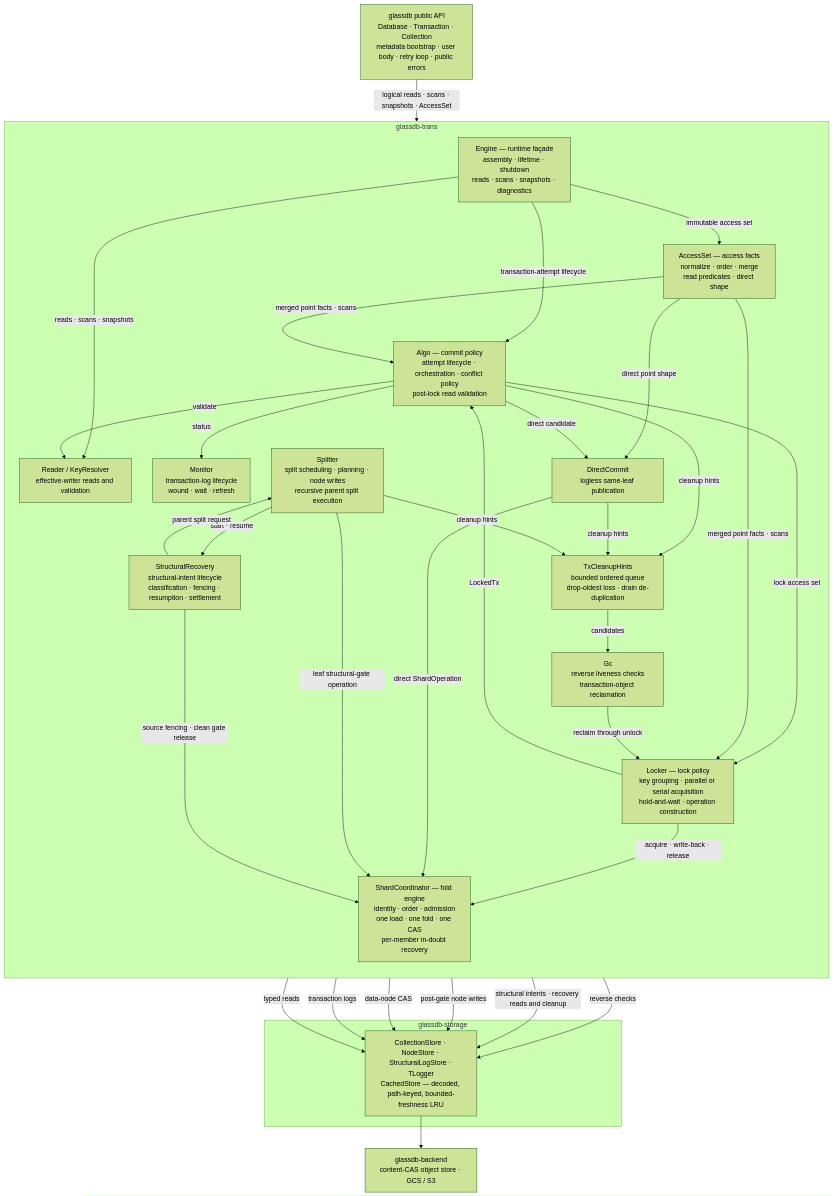
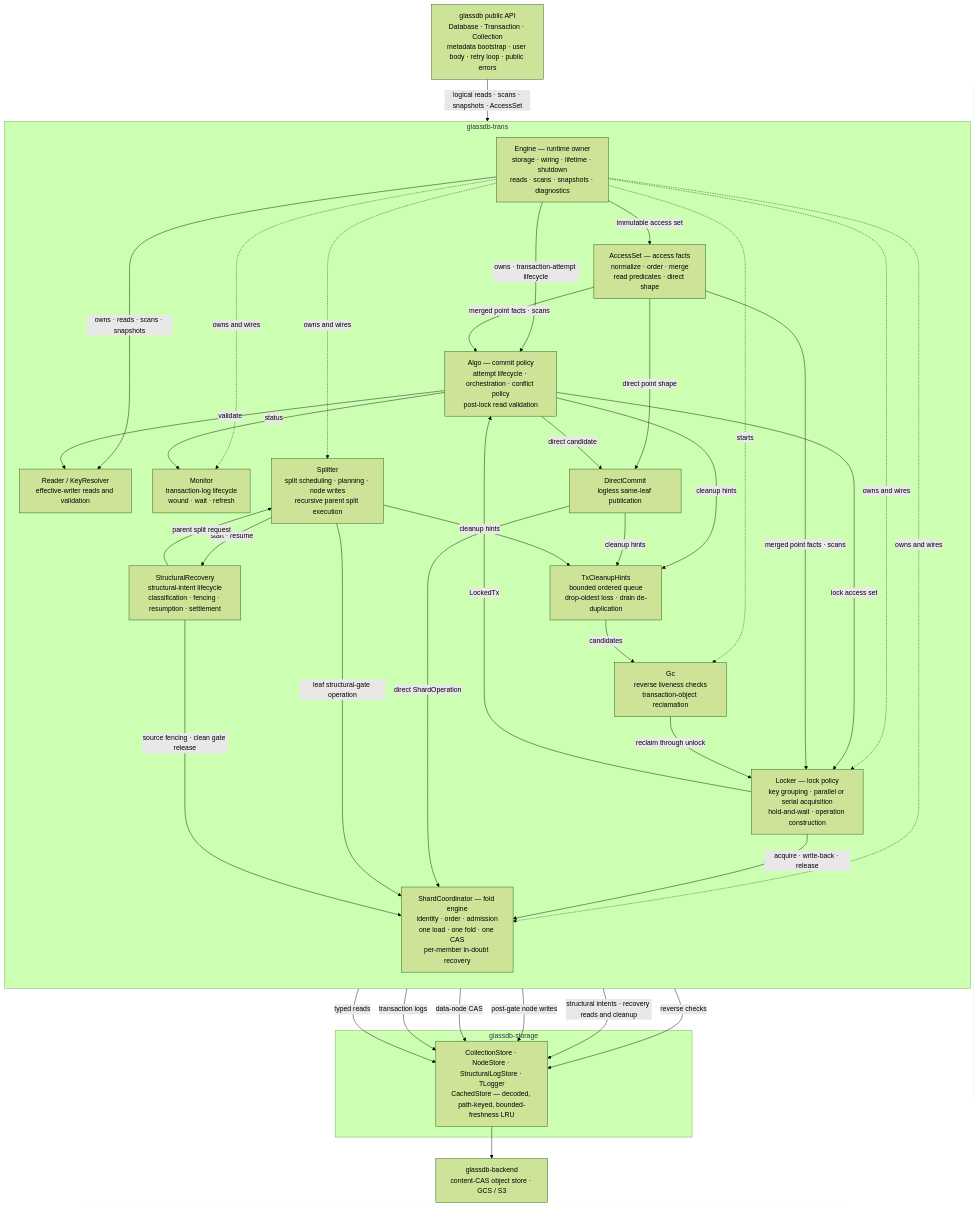
Before and after one commit to mbrt/glassdb-rs: the first of 2 diagrams in docs/architecture.md, drawn with Mermaid (forest theme). The commit also changed other lines of this file and 7 other files, not shown here.

````diff
--- a/docs/architecture.md
+++ b/docs/architecture.md
@@ -148,58 +157,63 @@
 ```mermaid
 flowchart TD
   API["glassdb public API<br/>Database · Transaction · Collection<br/>metadata bootstrap · user body · retry loop · public errors"]
 
   subgraph TRANS["glassdb-trans"]
     direction TB
-    Engine["Engine — runtime façade<br/>assembly · lifetime · shutdown<br/>reads · scans · snapshots · diagnostics"]
+    Engine["Engine — runtime owner<br/>storage · wiring · lifetime · shutdown<br/>reads · scans · snapshots · diagnostics"]
     Accesses["AccessSet — access facts<br/>normalize · order · merge<br/>read predicates · direct shape"]
     Algo["Algo — commit policy<br/>attempt lifecycle · orchestration · conflict policy<br/>post-lock read validation"]
     Reader["Reader / KeyResolver<br/>effective-writer reads and validation"]
     Locker["Locker — lock policy<br/>key grouping · parallel or serial acquisition<br/>hold-and-wait · operation construction"]
     Direct["DirectCommit<br/>logless same-leaf publication"]
     Monitor["Monitor<br/>transaction-log lifecycle<br/>wound · wait · refresh"]
     Hints["TxCleanupHints<br/>bounded ordered queue<br/>drop-oldest loss · drain de-duplication"]
     Splitter["Splitter<br/>split scheduling · planning · node writes<br/>recursive parent split execution"]
     Recovery["StructuralRecovery<br/>structural-intent lifecycle<br/>classification · fencing · resumption · settlement"]
     Coord["ShardCoordinator — fold engine<br/>identity · order · admission<br/>one load · one fold · one CAS<br/>per-member in-doubt recovery"]
     Gc["Gc<br/>reverse liveness checks<br/>transaction-object reclamation"]
 
-    Engine -->|"transaction-attempt lifecycle"| Algo
+    Engine -->|"owns · transaction-attempt lifecycle"| Algo
     Engine -->|"immutable access set"| Accesses
-    Engine -->|"reads · scans · snapshots"| Reader
+    Engine -->|"owns · reads · scans · snapshots"| Reader
+    Engine -.->|"owns and wires"| Locker
+    Engine -.->|"owns and wires"| Monitor
+    Engine -.->|"owns and wires"| Splitter
+    Engine -.->|"owns and wires"| Coord
+    Engine -.->|"starts"| Gc
     Algo -->|"validate"| Reader
     Algo -->|"lock access set"| Locker
     Locker -->|"LockedTx"| Algo
     Algo -->|"status"| Monitor
     Accesses -->|"merged point facts · scans"| Algo
     Accesses -->|"merged point facts · scans"| Locker
     Accesses -->|"direct point shape"| Direct
     Algo -->|"direct candidate"| Direct
     Algo -->|"cleanup hints"| Hints
     Direct -->|"cleanup hints"| Hints
     Splitter -->|"cleanup hints"| Hints
     Splitter -->|"start · resume"| Recovery
     Recovery -->|"parent split request"| Splitter
     Hints -->|"candidates"| Gc
     Locker -->|"acquire · write-back · release"| Coord
     Direct -->|"direct ShardOperation"| Coord
     Splitter -->|"leaf structural-gate operation"| Coord
     Recovery -->|"source fencing · clean gate release"| Coord
     Gc -->|"reclaim through unlock"| Locker
   end
 
   subgraph STORAGE["glassdb-storage"]
     Stores["CollectionStore · NodeStore · StructuralLogStore · TLogger<br/>CachedStore — decoded, path-keyed, bounded-freshness LRU"]
   end
 
   Backend["glassdb-backend<br/>content-CAS object store · GCS / S3"]
 
   API -->|"logical reads · scans · snapshots · AccessSet"| Engine
   Reader -->|"typed reads"| Stores
   Monitor -->|"transaction logs"| Stores
   Coord -->|"data-node CAS"| Stores
   Splitter -->|"post-gate node writes"| Stores
   Recovery -->|"structural intents · recovery reads and cleanup"| Stores
   Gc -->|"reverse checks"| Stores
   Stores --> Backend
 ```
````
